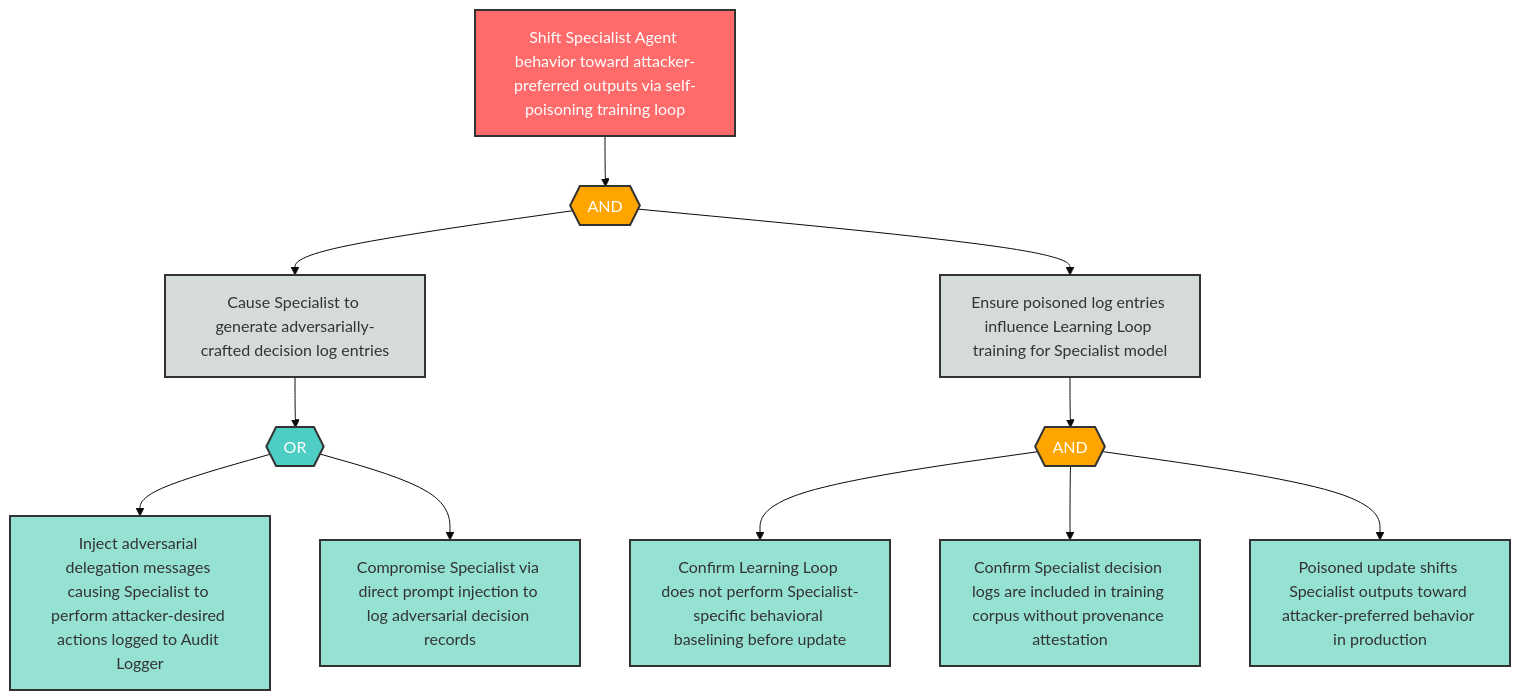
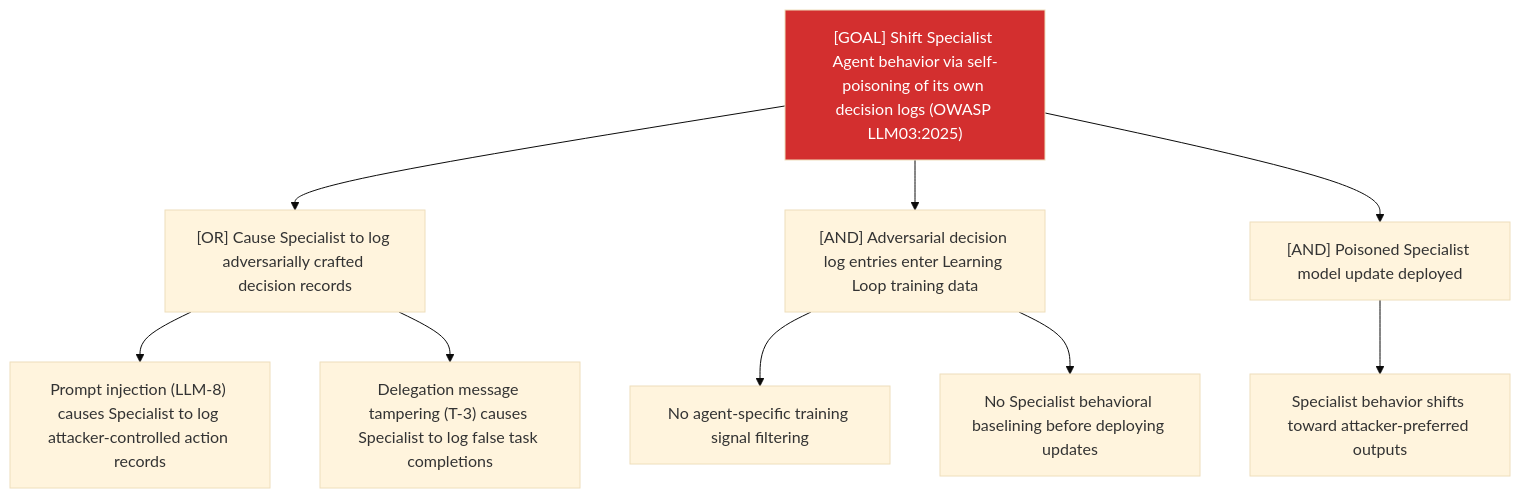
The diagram in examples/agentic-app/sample-report/attack-trees/llm-9-attack-tree.md (q-qp-p/davidmatousek-tachi), drawn with Mermaid (base theme) before and after one commit. The commit also changed other lines of this file and 132 other files, not shown here.

````diff
--- a/examples/agentic-app/sample-report/attack-trees/llm-9-attack-tree.md
+++ b/examples/agentic-app/sample-report/attack-trees/llm-9-attack-tree.md
@@ -8,37 +7,14 @@
 ```mermaid
-flowchart TD
-    LLM9_root["Shift Specialist Agent behavior toward attacker-preferred outputs via self-poisoning training loop"]
-    LLM9_and1{{"AND"}}
-    LLM9_sub1["Cause Specialist to generate adversarially-crafted decision log entries"]
-    LLM9_sub2["Ensure poisoned log entries influence Learning Loop training for Specialist model"]
-    LLM9_or1{{"OR"}}
-    LLM9_leaf1["Inject adversarial delegation messages causing Specialist to perform attacker-desired actions logged to Audit Logger"]
-    LLM9_leaf2["Compromise Specialist via direct prompt injection to log adversarial decision records"]
-    LLM9_and2{{"AND"}}
-    LLM9_leaf3["Confirm Learning Loop does not perform Specialist-specific behavioral baselining before update"]
-    LLM9_leaf4["Confirm Specialist decision logs are included in training corpus without provenance attestation"]
-    LLM9_leaf5["Poisoned update shifts Specialist outputs toward attacker-preferred behavior in production"]
-
-    LLM9_root --> LLM9_and1
-    LLM9_and1 --> LLM9_sub1
-    LLM9_and1 --> LLM9_sub2
-    LLM9_sub1 --> LLM9_or1
-    LLM9_or1 --> LLM9_leaf1
-    LLM9_or1 --> LLM9_leaf2
-    LLM9_sub2 --> LLM9_and2
-    LLM9_and2 --> LLM9_leaf3
-    LLM9_and2 --> LLM9_leaf4
-    LLM9_and2 --> LLM9_leaf5
-
-    classDef goal fill:#ff6b6b,stroke:#333,stroke-width:2px,color:#fff
-    classDef andGate fill:#ffa500,stroke:#333,stroke-width:2px,color:#fff
-    classDef orGate fill:#4ecdc4,stroke:#333,stroke-width:2px,color:#fff
-    classDef subGoal fill:#d5dbdb,stroke:#333,stroke-width:2px,color:#333
-    classDef leaf fill:#95e1d3,stroke:#333,stroke-width:2px,color:#333
-
-    class LLM9_root goal
-    class LLM9_and1,LLM9_and2 andGate
-    class LLM9_or1 orGate
-    class LLM9_sub1,LLM9_sub2 subGoal
-    class LLM9_leaf1,LLM9_leaf2,LLM9_leaf3,LLM9_leaf4,LLM9_leaf5 leaf
+graph TD
+    Goal["[GOAL] Shift Specialist Agent behavior via self-poisoning of its own decision logs (OWASP LLM03:2025)"]
+    Goal --> A["[OR] Cause Specialist to log adversarially crafted decision records"]
+    A --> A1["Prompt injection (LLM-8) causes Specialist to log attacker-controlled action records"]
+    A --> A2["Delegation message tampering (T-3) causes Specialist to log false task completions"]
+    Goal --> B["[AND] Adversarial decision log entries enter Learning Loop training data"]
+    B --> B1["No agent-specific training signal filtering"]
+    B --> B2["No Specialist behavioral baselining before deploying updates"]
+    Goal --> C["[AND] Poisoned Specialist model update deployed"]
+    C --> C1["Specialist behavior shifts toward attacker-preferred outputs"]
+    classDef critical fill:#d32f2f,color:#fff
+    class Goal critical
 ```
````
